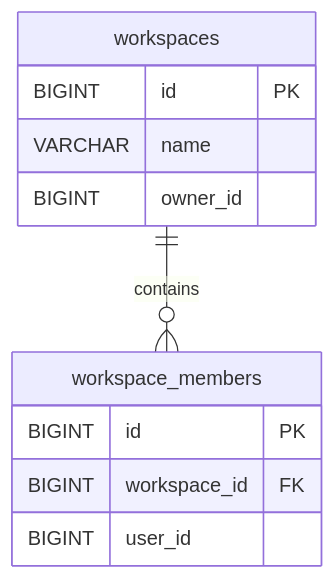
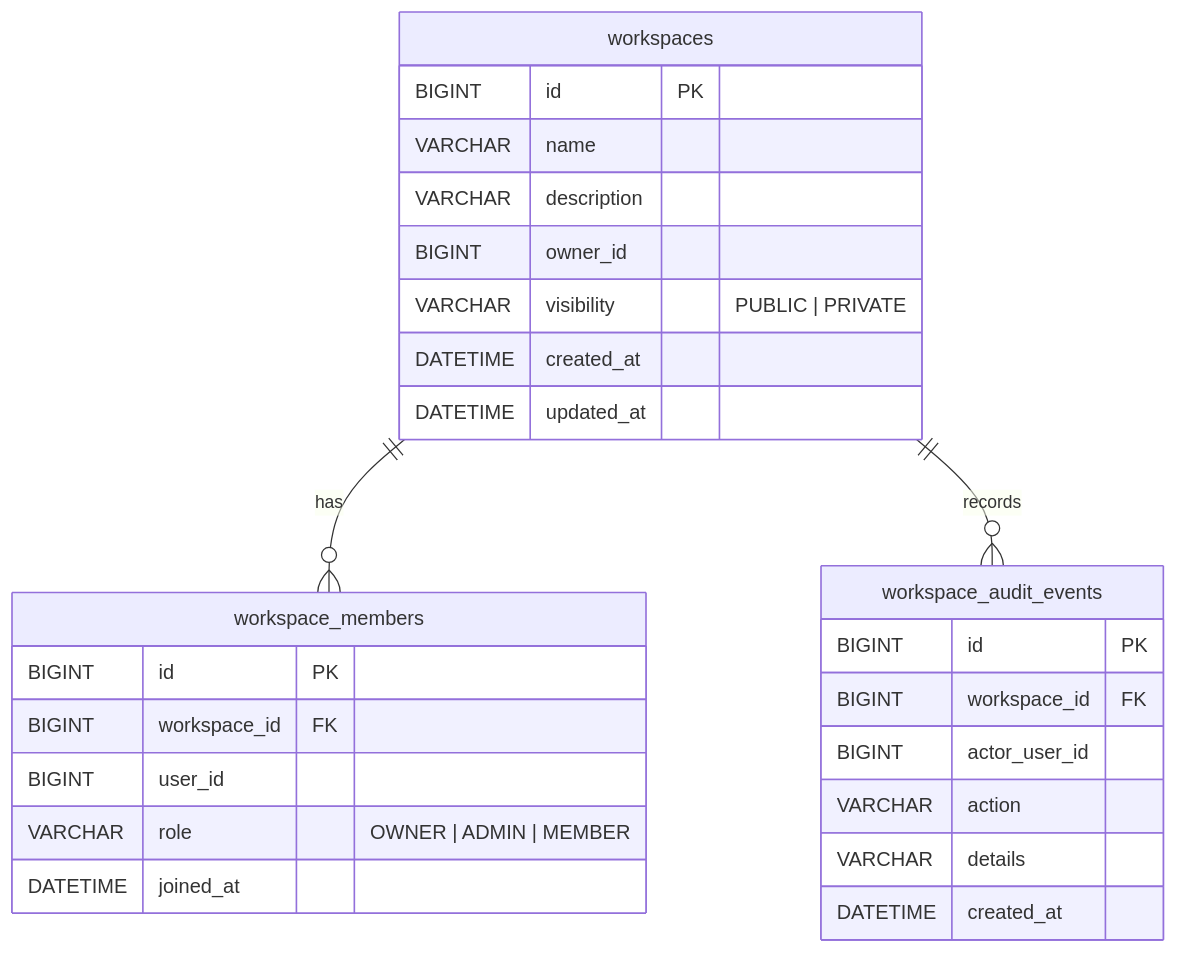
Before and after one commit to Prashant-kumar-sharma/FlowBoard-Backend: the first of 4 diagrams in docs/services/workspace-service/diagrams.md, drawn with Mermaid. The commit also changed other lines of this file and 10 other files, not shown here.

Commit message:
[Prashant] : Added Diagrams for all the services

````diff
--- a/docs/services/workspace-service/diagrams.md
+++ b/docs/services/workspace-service/diagrams.md
@@ -4,14 +4,32 @@
 ```mermaid
 erDiagram
-    workspaces ||--o{ workspace_members : contains
+    workspaces ||--o{ workspace_members : has
+    workspaces ||--o{ workspace_audit_events : records
+
     workspaces {
         BIGINT id PK
         VARCHAR name
+        VARCHAR description
         BIGINT owner_id
+        VARCHAR visibility "PUBLIC | PRIVATE"
+        DATETIME created_at
+        DATETIME updated_at
     }
+
     workspace_members {
         BIGINT id PK
         BIGINT workspace_id FK
         BIGINT user_id
+        VARCHAR role "OWNER | ADMIN | MEMBER"
+        DATETIME joined_at
+    }
+
+    workspace_audit_events {
+        BIGINT id PK
+        BIGINT workspace_id FK
+        BIGINT actor_user_id
+        VARCHAR action
+        VARCHAR details
+        DATETIME created_at
     }
 ```
````
